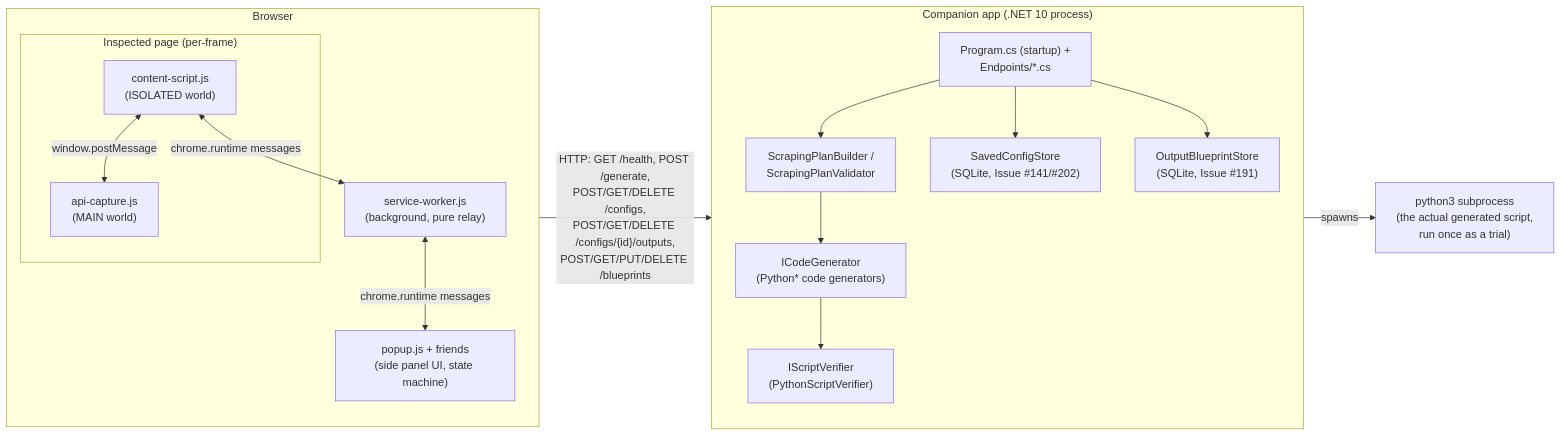
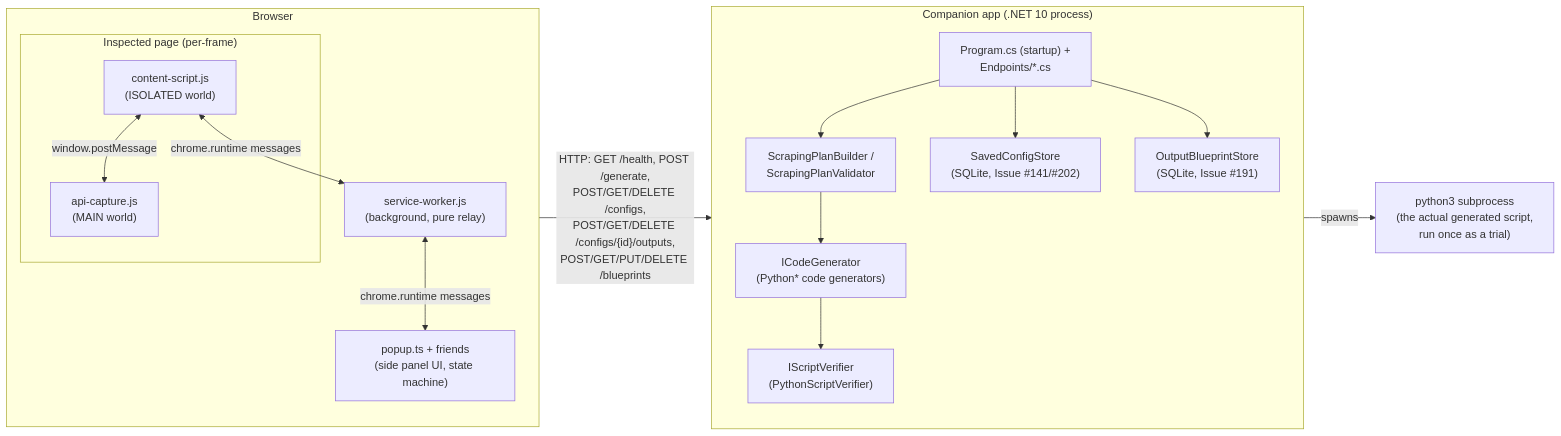
Before and after one commit to Aventinis/Scraping-Factory: the first of 7 diagrams in docs/ARCHITECTURE.md, drawn with Mermaid. The commit also changed other lines of this file and 45 other files, not shown here.

````diff
--- a/docs/ARCHITECTURE.md
+++ b/docs/ARCHITECTURE.md
@@ -33,29 +33,29 @@
 ```mermaid
 flowchart LR
     subgraph Browser["Browser"]
         direction TB
         subgraph Page["Inspected page (per-frame)"]
             CS["content-script.js\n(ISOLATED world)"]
             AC["api-capture.js\n(MAIN world)"]
             CS <-- window.postMessage --> AC
         end
         SW["service-worker.js\n(background, pure relay)"]
-        SP["popup.js + friends\n(side panel UI, state machine)"]
+        SP["popup.ts + friends\n(side panel UI, state machine)"]
         CS <-- chrome.runtime messages --> SW
         SW <-- chrome.runtime messages --> SP
     end
     SP -- "HTTP: GET /health, POST /generate,\nPOST/GET/DELETE /configs,\nPOST/GET/DELETE /configs/{id}/outputs,\nPOST/GET/PUT/DELETE /blueprints" --> Companion
     subgraph Companion["Companion app (.NET 10 process)"]
         direction TB
         Program["Program.cs (startup) +\nEndpoints/*.cs"]
         Plan["ScrapingPlanBuilder /\nScrapingPlanValidator"]
         Gen["ICodeGenerator\n(Python* code generators)"]
         Ver["IScriptVerifier\n(PythonScriptVerifier)"]
         Store["SavedConfigStore\n(SQLite, Issue #141/#202)"]
         BpStore["OutputBlueprintStore\n(SQLite, Issue #191)"]
         Program --> Plan --> Gen --> Ver
         Program --> Store
         Program --> BpStore
     end
     Ver -- "spawns" --> PySub["python3 subprocess\n(the actual generated script,\nrun once as a trial)"]
 ```
````
